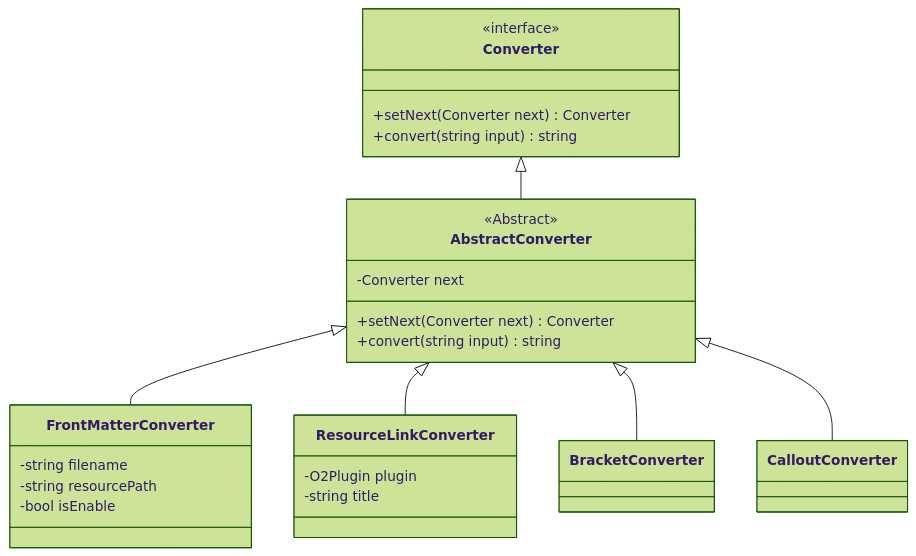
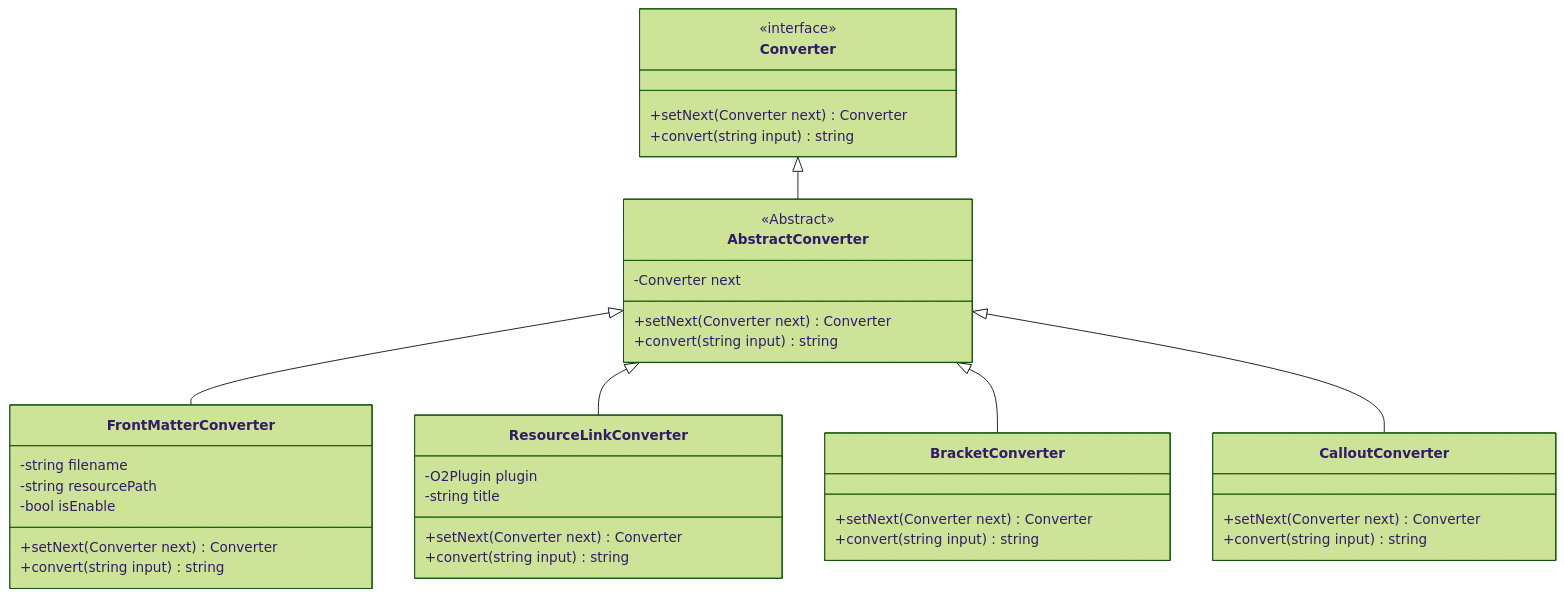
The third of 4 diagrams in _posts/2023-03-10-Refactor-O2-using-desgin-pattern.md (waveofmymind/waveofmymind.github.io), drawn with Mermaid (forest theme) before and after one commit.

Commit message:
update: fix maermaid

````diff
--- a/_posts/2023-03-10-Refactor-O2-using-desgin-pattern.md
+++ b/_posts/2023-03-10-Refactor-O2-using-desgin-pattern.md
@@ -150,35 +150,45 @@
 ```mermaid
 classDiagram
 class Converter
 <<interface>> Converter
 Converter: +setNext(Converter next) Converter
 Converter: +convert(string input) string
 
 class AbstractConverter {
   <<Abstract>>
   -Converter next
   +setNext(Converter next) Converter
   +convert(string input) string
 }
 
 Converter <|-- AbstractConverter
 
 class FrontMatterConverter {
   -string filename
   -string resourcePath
   -bool isEnable
+  +setNext(Converter next) Converter
+  +convert(string input) string
 }
 AbstractConverter <|-- FrontMatterConverter
 
 class ResourceLinkConverter {
   -O2Plugin plugin
   -string title
+  +setNext(Converter next) Converter
+  +convert(string input) string
 }
 AbstractConverter <|-- ResourceLinkConverter
 
-class BracketConverter
+class BracketConverter {
+  +setNext(Converter next) Converter
+  +convert(string input) string
+}
 AbstractConverter <|-- BracketConverter
 
-class CalloutConverter
+class CalloutConverter {
+  +setNext(Converter next) Converter
+  +convert(string input) string
+}
 AbstractConverter <|-- CalloutConverter
 ```
````
